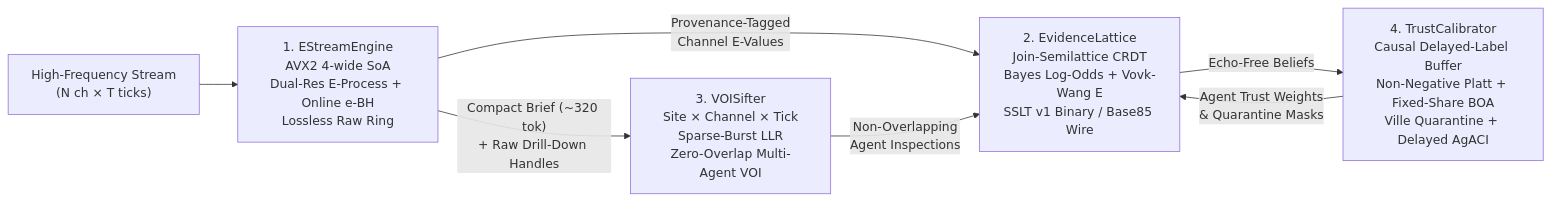
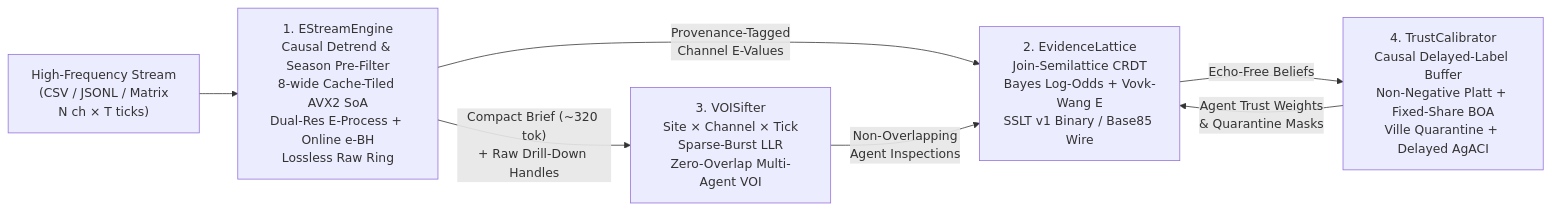
Before and after one commit to pgg898200-ship-it/streamsieve: the diagram in README.md, drawn with Mermaid. The commit also changed other lines of this file and 38 other files, not shown here.

Commit message:
Release v0.2.0: 8-wide cache-tiled AVX2, causal deseasonalizing/detrending, JSONL CLI, SklearnSieveDetector & Windows wheels

````diff
--- a/README.md
+++ b/README.md
@@ -159,9 +177,9 @@
 ```mermaid
 flowchart LR
-    RAW["High-Frequency Stream\n(N ch × T ticks)"] --> E1["1. EStreamEngine\nAVX2 4-wide SoA\nDual-Res E-Process + Online e-BH\nLossless Raw Ring"]
+    RAW["High-Frequency Stream\n(CSV / JSONL / Matrix\nN ch × T ticks)"] --> E1["1. EStreamEngine\nCausal Detrend & Season Pre-Filter\n8-wide Cache-Tiled AVX2 SoA\nDual-Res E-Process + Online e-BH\nLossless Raw Ring"]
     E1 -->|"Compact Brief (~320 tok)\n+ Raw Drill-Down Handles"| E3["3. VOISifter\nSite × Channel × Tick\nSparse-Burst LLR\nZero-Overlap Multi-Agent VOI"]
     E1 -->|"Provenance-Tagged\nChannel E-Values"| E2["2. EvidenceLattice\nJoin-Semilattice CRDT\nBayes Log-Odds + Vovk-Wang E\nSSLT v1 Binary / Base85 Wire"]
     E3 -->|"Non-Overlapping\nAgent Inspections"| E2
     E2 -->|"Echo-Free Beliefs"| E4["4. TrustCalibrator\nCausal Delayed-Label Buffer\nNon-Negative Platt + Fixed-Share BOA\nVille Quarantine + Delayed AgACI"]
     E4 -->|"Agent Trust Weights\n& Quarantine Masks"| E2
 ```
````
